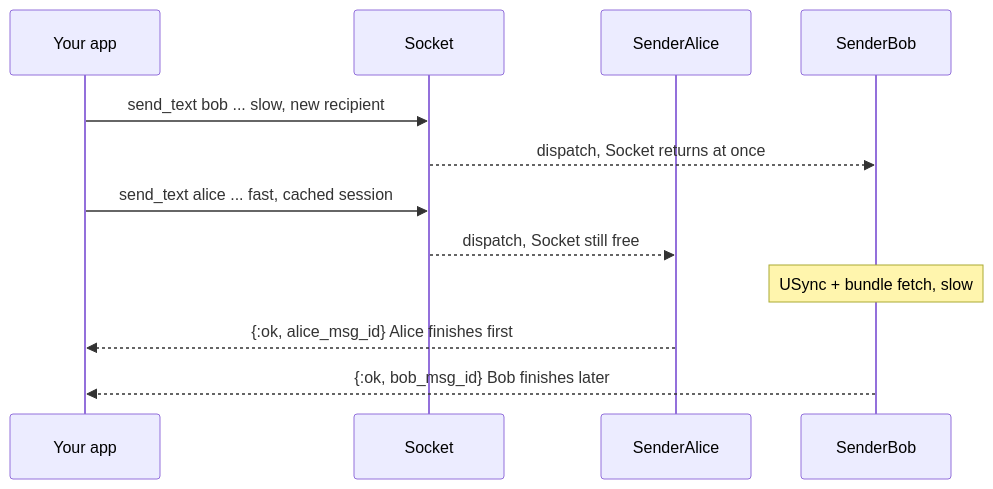
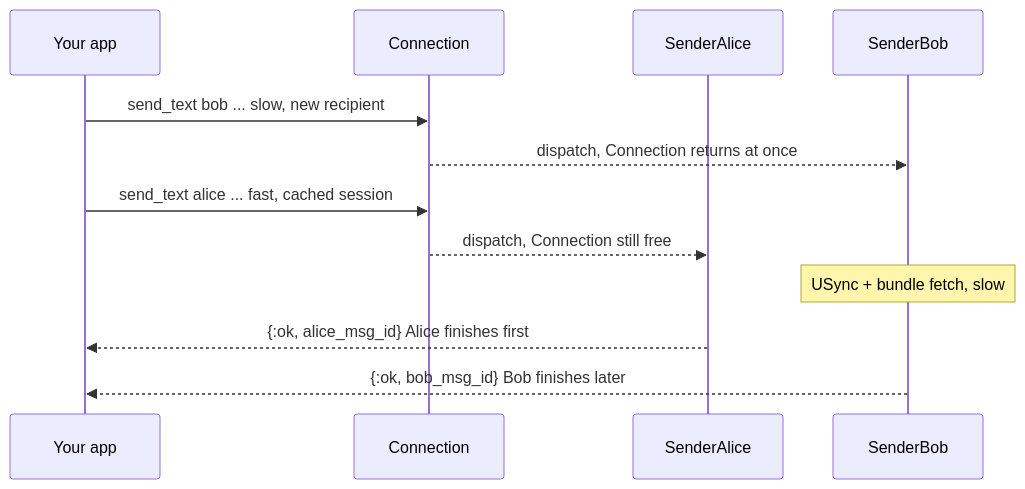
Before and after one commit to tubedude/amarula: the fourth of 4 diagrams in README.md, drawn with Mermaid. The commit also changed other lines of this file, not shown here.

````diff
--- a/README.md
+++ b/README.md
@@ -197,15 +197,15 @@
 ```mermaid
 sequenceDiagram
     participant App as Your app
-    participant S as Socket
+    participant C as Connection
     participant SA as SenderAlice
     participant SB as SenderBob
 
-    App->>S: send_text bob ... slow, new recipient
-    S-->>SB: dispatch, Socket returns at once
-    App->>S: send_text alice ... fast, cached session
-    S-->>SA: dispatch, Socket still free
+    App->>C: send_text bob ... slow, new recipient
+    C-->>SB: dispatch, Connection returns at once
+    App->>C: send_text alice ... fast, cached session
+    C-->>SA: dispatch, Connection still free
     Note over SB: USync + bundle fetch, slow
     SA-->>App: {:ok, alice_msg_id} Alice finishes first
     SB-->>App: {:ok, bob_msg_id} Bob finishes later
 ```
````
